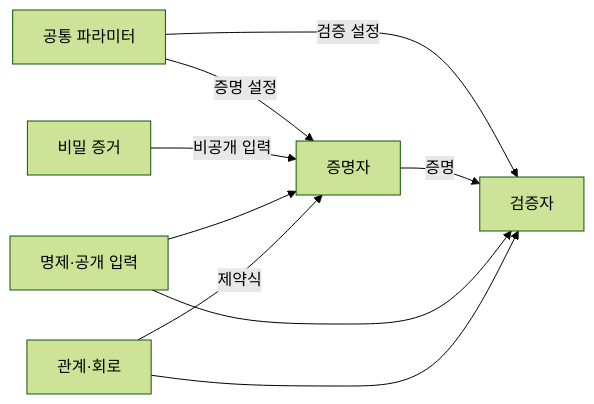
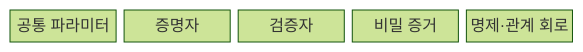
One commit to agnusdei1207/knowledge-base changed the first of 2 diagrams in src/content/docs/notes/05-security/016_zero_knowledge_proof.md. Above: the diagram before and after it, drawn with Mermaid (forest theme). The commit also changed other lines of this file and 22 other files, not shown here.

````diff
--- a/src/content/docs/notes/05-security/016_zero_knowledge_proof.md
+++ b/src/content/docs/notes/05-security/016_zero_knowledge_proof.md
@@ -62,11 +63,9 @@
 ```mermaid
-flowchart LR
-    P["공통 파라미터"] -->|"증명 설정"| A["증명자"]
-    P -->|"검증 설정"| V["검증자"]
-    W["비밀 증거"] -->|"비공개 입력"| A
-    S["명제·공개 입력"] --> A
-    R["관계·회로"] -->|"제약식"| A
-    A -->|"증명"| V
-    S --> V
-    R --> V
+block-beta
+    columns 5
+    P["공통 파라미터"]
+    A["증명자"]
+    V["검증자"]
+    W["비밀 증거"]
+    R["명제·관계 회로"]
 ```
````
